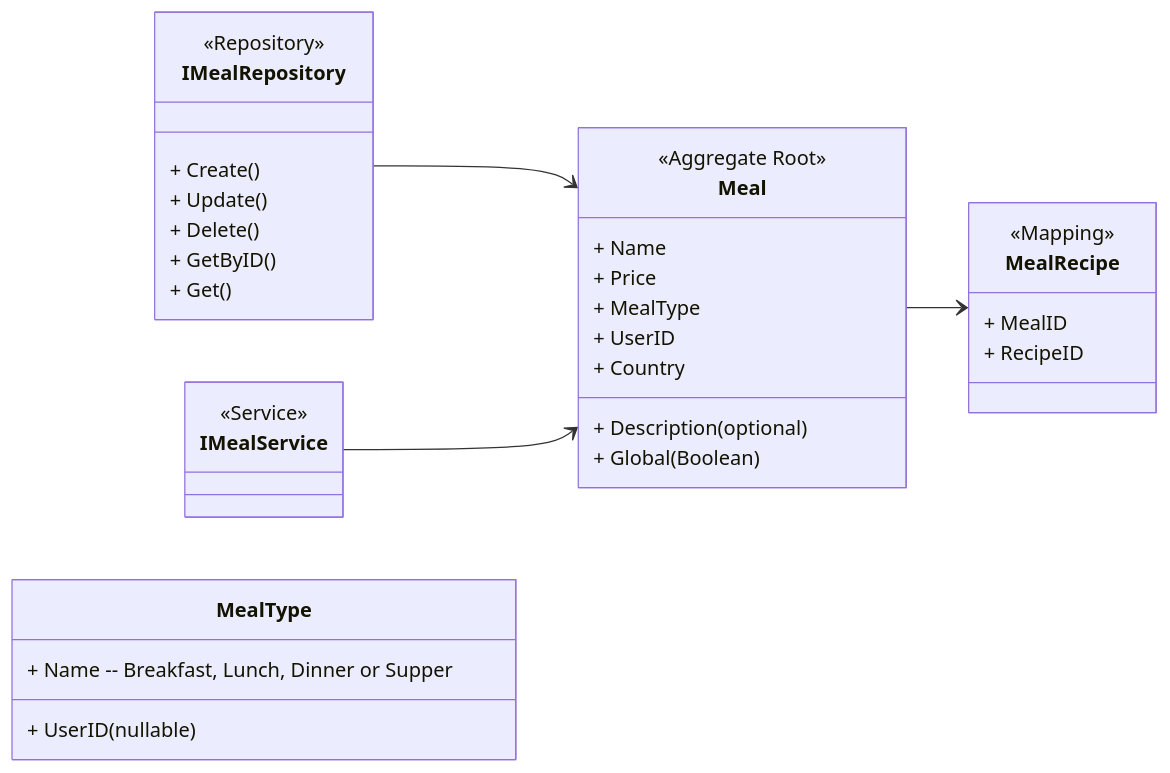
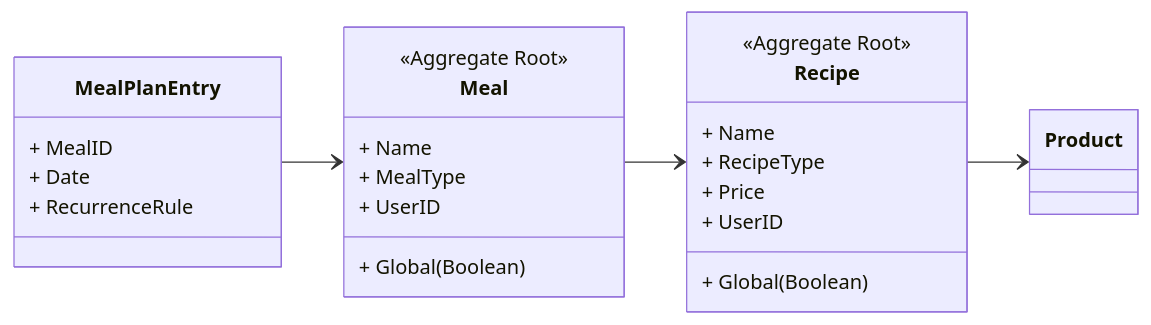
One commit to JoachimTislov/foodsavr changed the fifth of 6 diagrams in docs/plan/relations.md. Above: the diagram before and after it, drawn with Mermaid. The commit also changed other lines of this file and 4 other files, not shown here.

Commit message:
docs: align project documentation with current firebase-based architecture

````diff
--- a/docs/plan/relations.md
+++ b/docs/plan/relations.md
@@ -294,42 +184,31 @@
 ```mermaid
 classDiagram
     direction LR
-    class IMealRepository {
-        <<Repository>>
-        + Create()
-        + Update()
-        + Delete()
-        + GetByID()
-        + Get()
-    }
 
-    class IMealService {
-        <<Service>>
+    class Recipe {
+        <<Aggregate Root>>
+        + Name
+        + RecipeType
+        + Price
+        + UserID
+        + Global (Boolean)
     }
 
     class Meal {
         <<Aggregate Root>>
         + Name
-        + Description (optional)
-        + Price
         + MealType
         + UserID
-        + Country
         + Global (Boolean)
     }
 
-    class MealType {
-        + Name -- Breakfast, Lunch, Dinner or Supper
-        + UserID (nullable)
+    class MealPlanEntry {
+        + MealID
+        + Date
+        + RecurrenceRule
     }
 
-    class MealRecipe {
-        <<Mapping>>
-        + MealID
-        + RecipeID
-    }
-
-    IMealRepository --> Meal
-    IMealService --> Meal
-    Meal --> MealRecipe
+    Recipe --> Product
+    Meal --> Recipe
+    MealPlanEntry --> Meal
 ```
````
